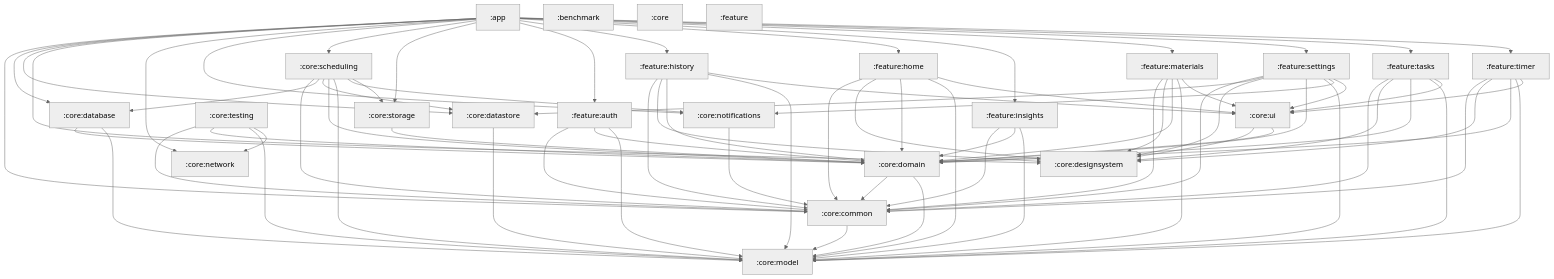
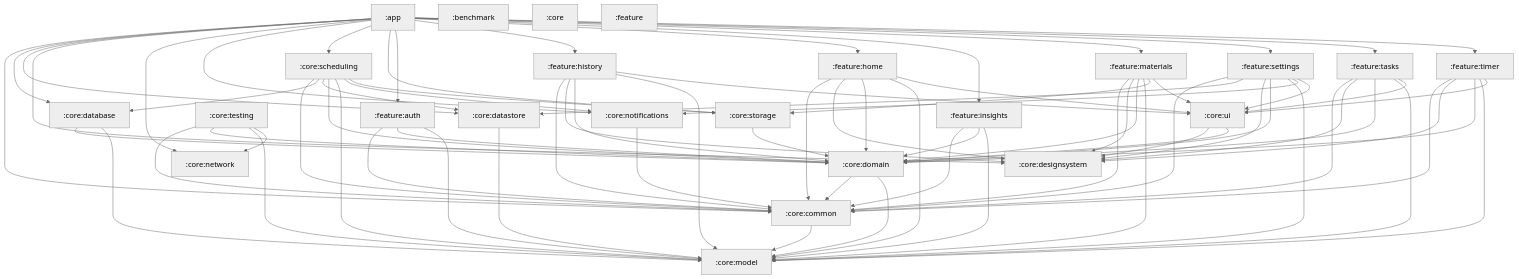
Before and after one commit to konarsubhojit/study-app: the diagram in docs/module-graph.md, drawn with Mermaid (neutral theme). The commit also changed 21 other files, not shown here.

```diff
--- a/docs/module-graph.md
+++ b/docs/module-graph.md
@@ -88,6 +88,7 @@
     feature_materials --> core_designsystem
     feature_materials --> core_domain
     feature_materials --> core_model
+    feature_materials --> core_storage
     feature_materials --> core_ui
     feature_settings --> core_common
     feature_settings --> core_datastore
```
